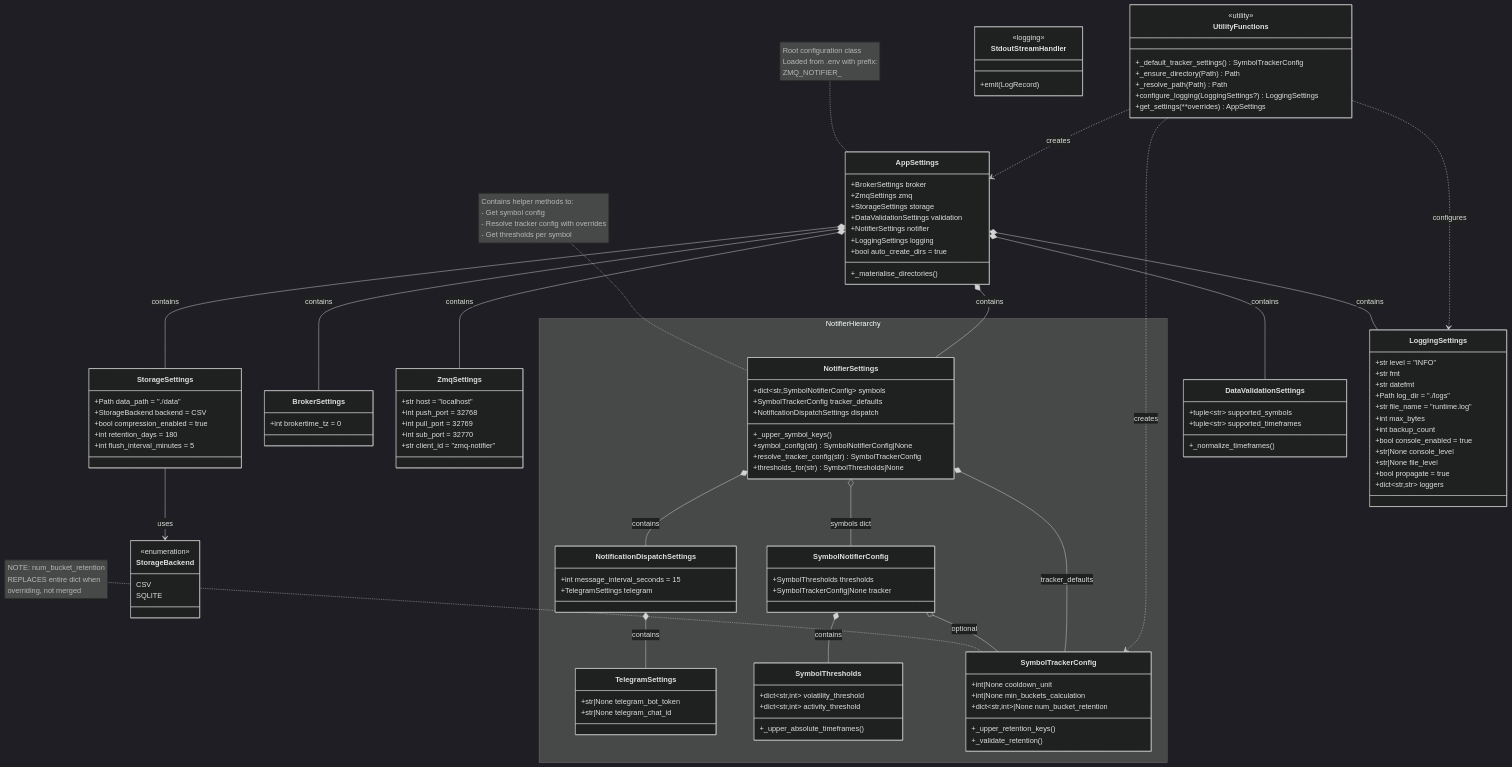
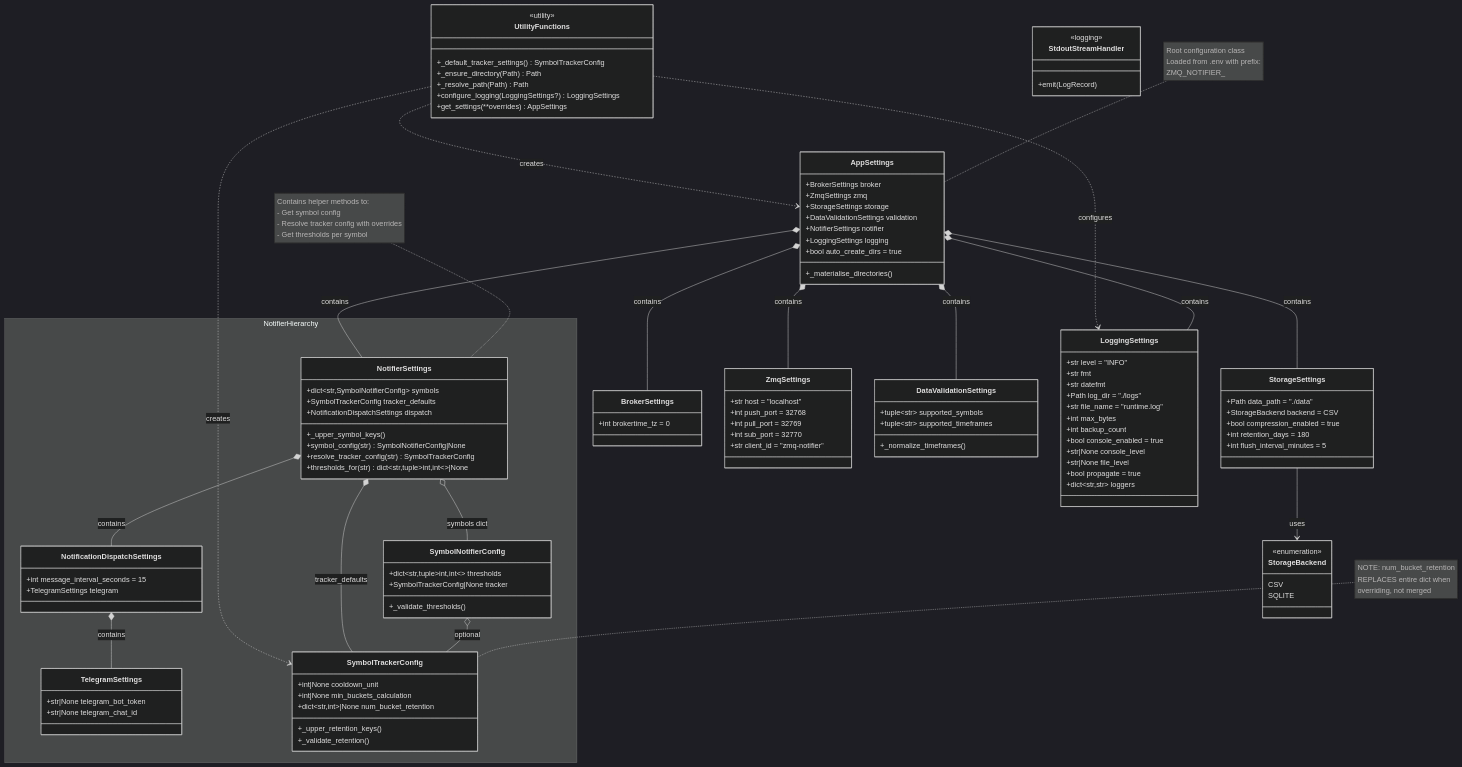
Before and after one commit to tkin91e55/zmqNotifier: the diagram in docs/config_uml.mmd, drawn with Mermaid (dark theme). The commit also changed 4 other files, not shown here.

Commit message:
Refactor config to eliminate SymbolThresholds nesting layer for cleaner access patterns

```diff
--- a/docs/config_uml.mmd
+++ b/docs/config_uml.mmd
@@ -1,152 +1,146 @@
 classDiagram
     %% Enums
     class StorageBackend {
         <<enumeration>>
         CSV
         SQLITE
     }
 
 
     %% Simple Configuration Classes
     class BrokerSettings {
         +int brokertime_tz = 0
     }
 
     class ZmqSettings {
         +str host = "localhost"
         +int push_port = 32768
         +int pull_port = 32769
         +int sub_port = 32770
         +str client_id = "zmq-notifier"
     }
 
     class StorageSettings {
         +Path data_path = "./data"
         +StorageBackend backend = CSV
         +bool compression_enabled = true
         +int retention_days = 180
         +int flush_interval_minutes = 5
     }
 
     class DataValidationSettings {
         +tuple~str~ supported_symbols
         +tuple~str~ supported_timeframes
         +_normalize_timeframes()
     }
 
     class LoggingSettings {
         +str level = "INFO"
         +str fmt
         +str datefmt
         +Path log_dir = "./logs"
         +str file_name = "runtime.log"
         +int max_bytes
         +int backup_count
         +bool console_enabled = true
         +str|None console_level
         +str|None file_level
         +bool propagate = true
         +dict~str,str~ loggers
     }
 
     %% ========================================================================
     %% NOTIFIER CONFIGURATION HIERARCHY (grouped namespace)
     %% ========================================================================
     namespace NotifierHierarchy {
         class TelegramSettings {
             +str|None telegram_bot_token
             +str|None telegram_chat_id
         }
 
-        class SymbolThresholds {
-            +dict~str,int~ volatility_threshold
-            +dict~str,int~ activity_threshold
-            +_upper_absolute_timeframes()
-        }
-
         class SymbolTrackerConfig {
             +int|None cooldown_unit
             +int|None min_buckets_calculation
             +dict~str,int~|None num_bucket_retention
             +_upper_retention_keys()
             +_validate_retention()
         }
 
         class SymbolNotifierConfig {
-            +SymbolThresholds thresholds
+            +dict~str,tuple~int,int~~ thresholds
             +SymbolTrackerConfig|None tracker
+            +_validate_thresholds()
         }
 
         class NotificationDispatchSettings {
             +int message_interval_seconds = 15
             +TelegramSettings telegram
         }
 
         class NotifierSettings {
             +dict~str,SymbolNotifierConfig~ symbols
             +SymbolTrackerConfig tracker_defaults
             +NotificationDispatchSettings dispatch
             +_upper_symbol_keys()
             +symbol_config(str) SymbolNotifierConfig|None
             +resolve_tracker_config(str) SymbolTrackerConfig
-            +thresholds_for(str) SymbolThresholds|None
+            +thresholds_for(str) dict~str,tuple~int,int~~|None
         }
     }
     %% ========================================================================
 
     %% Top-level Application Settings
     class AppSettings {
         +BrokerSettings broker
         +ZmqSettings zmq
         +StorageSettings storage
         +DataValidationSettings validation
         +NotifierSettings notifier
         +LoggingSettings logging
         +bool auto_create_dirs = true
         +_materialise_directories()
     }
 
     %% Helper Functions
     class UtilityFunctions {
         <<utility>>
         +_default_tracker_settings() SymbolTrackerConfig
         +_ensure_directory(Path) Path
         +_resolve_path(Path) Path
         +configure_logging(LoggingSettings?) LoggingSettings
         +get_settings(**overrides) AppSettings
     }
 
     class StdoutStreamHandler {
         <<logging>>
         +emit(LogRecord)
     }
 
     %% Relationships - Simple configs
     StorageSettings --> StorageBackend : uses
 
     %% Relationships - Notifier hierarchy (within namespace)
-    SymbolNotifierConfig *-- SymbolThresholds : contains
     SymbolNotifierConfig o-- SymbolTrackerConfig : optional
 
     NotificationDispatchSettings *-- TelegramSettings : contains
     NotifierSettings *-- NotificationDispatchSettings : contains
     NotifierSettings *-- SymbolTrackerConfig : tracker_defaults
     NotifierSettings o-- SymbolNotifierConfig : symbols dict
 
     %% Relationships - AppSettings to all configs
     AppSettings *-- BrokerSettings : contains
     AppSettings *-- ZmqSettings : contains
     AppSettings *-- StorageSettings : contains
     AppSettings *-- DataValidationSettings : contains
     AppSettings *-- NotifierSettings : contains
     AppSettings *-- LoggingSettings : contains
 
     %% Utility relationships
     UtilityFunctions ..> SymbolTrackerConfig : creates
     UtilityFunctions ..> AppSettings : creates
     UtilityFunctions ..> LoggingSettings : configures
 
     %% Notes
     note for NotifierSettings "Contains helper methods to:<br>- Get symbol config<br>- Resolve tracker config with overrides<br>- Get thresholds per symbol"
     note for AppSettings "Root configuration class<br>Loaded from .env with prefix:<br>ZMQ_NOTIFIER_"
     note for SymbolTrackerConfig "NOTE: num_bucket_retention<br>REPLACES entire dict when<br>overriding, not merged"
```
